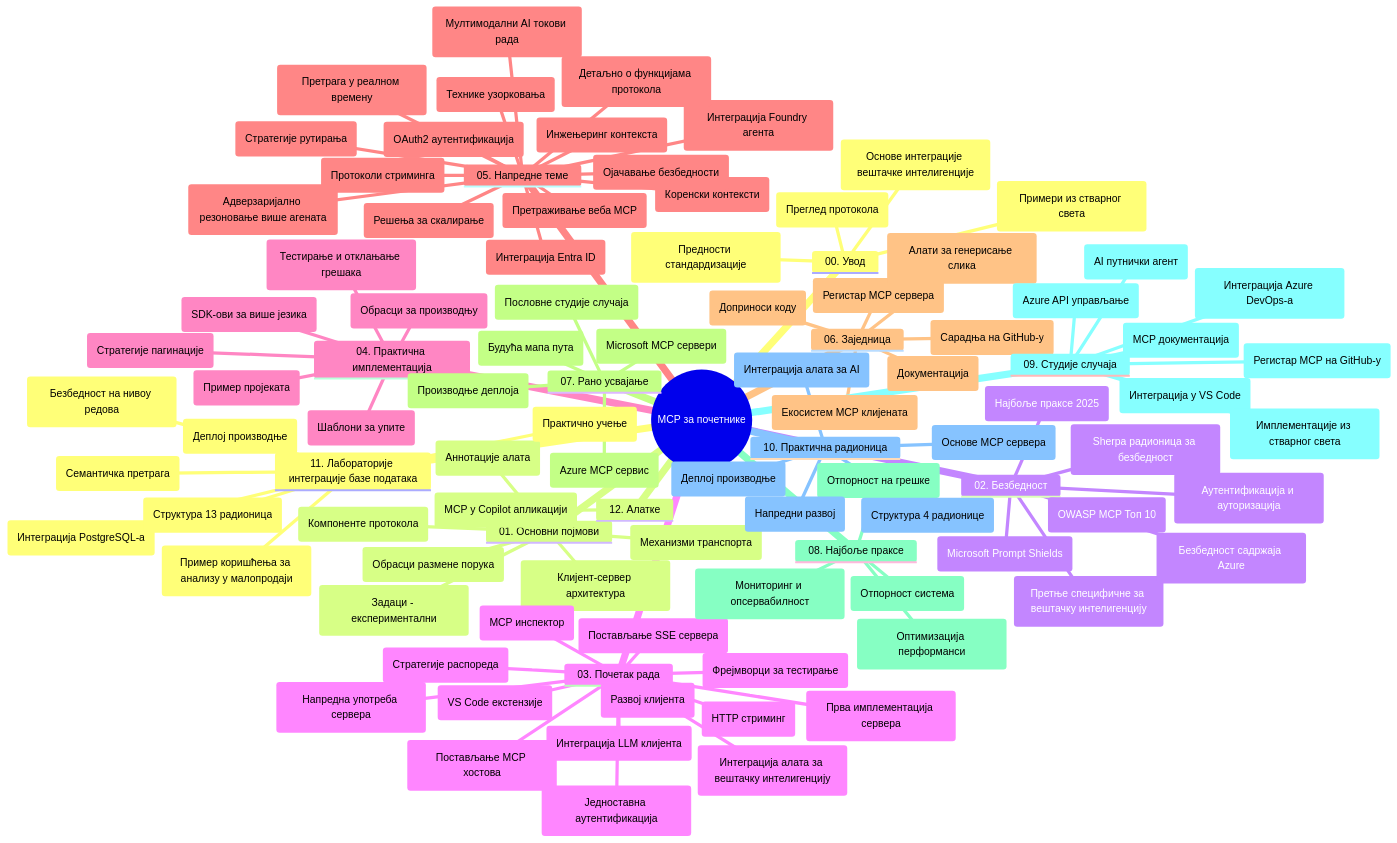
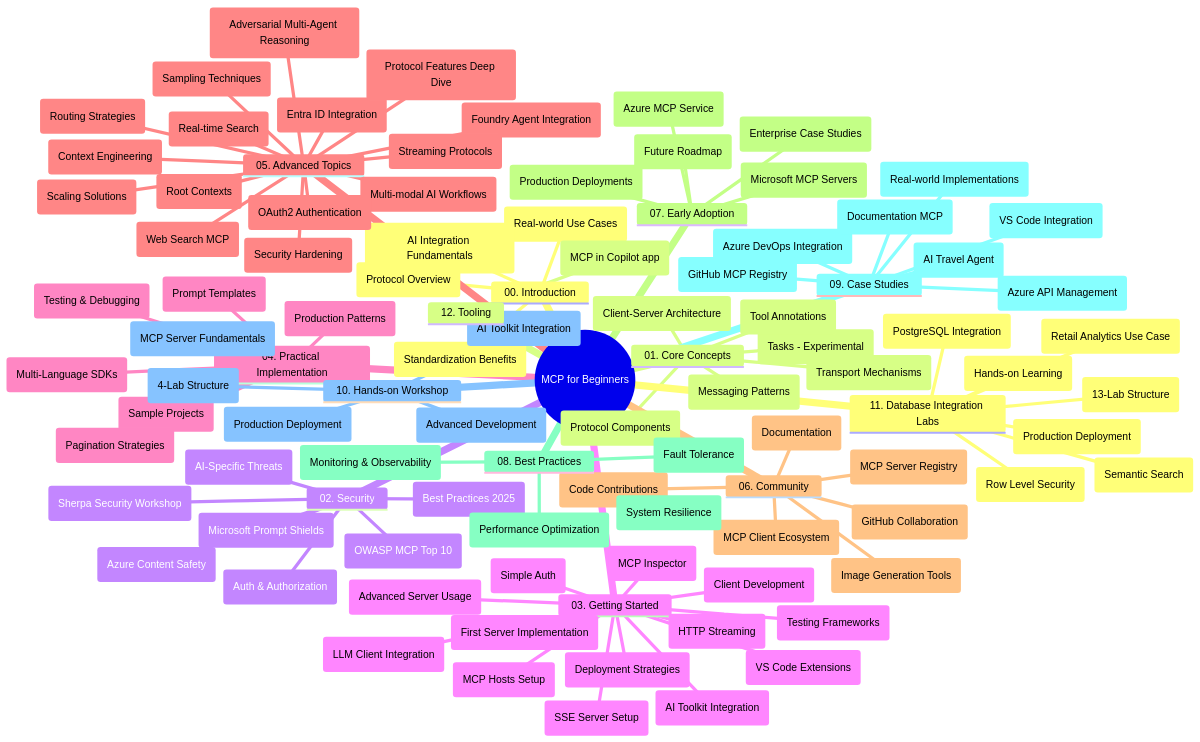
The diagram in mcp_ecosystem__model_context_protocol/mcp_learning_resources/mcp-for-beginners/translations/sr/study_guide.md (HIDORAKAI002/ai-workspace-archive), drawn with Mermaid before and after one commit. The commit also changed other lines of this file and 1046 other files, not shown here.

Commit message:
chore(sync): Update microsoft/mcp-for-beginners

````diff
--- a/mcp_ecosystem__model_context_protocol/mcp_learning_resources/mcp-for-beginners/translations/sr/study_guide.md
+++ b/mcp_ecosystem__model_context_protocol/mcp_learning_resources/mcp-for-beginners/translations/sr/study_guide.md
@@ -11,117 +11,117 @@
 ```mermaid
 mindmap
-  root((MCP за почетнике))
-    00. Увод
+  root((MCP for Beginners))
+    00. Introduction
       ::icon(fa fa-book)
-      (Преглед протокола)
-      (Предности стандардизације)
-      (Примери из стварног света)
-      (Основе интеграције вештачке интелигенције)
-    01. Основни појмови
+      (Protocol Overview)
+      (Standardization Benefits)
+      (Real-world Use Cases)
+      (AI Integration Fundamentals)
+    01. Core Concepts
       ::icon(fa fa-puzzle-piece)
-      (Клијент-сервер архитектура)
-      (Компоненте протокола)
-      (Обрасци размене порука)
-      (Механизми транспорта)
-      (Задаци - експериментални)
-      (Аннотације алата)
-    02. Безбедност
+      (Client-Server Architecture)
+      (Protocol Components)
+      (Messaging Patterns)
+      (Transport Mechanisms)
+      (Tasks - Experimental)
+      (Tool Annotations)
+    02. Security
       ::icon(fa fa-shield)
-      (Претње специфичне за вештачку интелигенцију)
-      (Најбоље праксе 2025)
-      (Безбедност садржаја Azure)
-      (Аутентификација и ауторизација)
+      (AI-Specific Threats)
+      (Best Practices 2025)
+      (Azure Content Safety)
+      (Auth & Authorization)
       (Microsoft Prompt Shields)
-      (OWASP MCP Топ 10)
-      (Sherpa радионица за безбедност)
-    03. Почетак рада
+      (OWASP MCP Top 10)
+      (Sherpa Security Workshop)
+    03. Getting Started
       ::icon(fa fa-rocket)
-      (Прва имплементација сервера)
-      (Развој клијента)
-      (Интеграција LLM клијента)
-      (VS Code екстензије)
-      (Постављање SSE сервера)
-      (HTTP стриминг)
-      (Интеграција алата за вештачку интелигенцију)
-      (Фрејмворци за тестирање)
-      (Напредна употреба сервера)
-      (Једноставна аутентификација)
-      (Стратегије распореда)
-      (Постављање MCP хостова)
-      (MCP инспектор)
-    04. Практична имплементација
+      (First Server Implementation)
+      (Client Development)
+      (LLM Client Integration)
+      (VS Code Extensions)
+      (SSE Server Setup)
+      (HTTP Streaming)
+      (AI Toolkit Integration)
+      (Testing Frameworks)
+      (Advanced Server Usage)
+      (Simple Auth)
+      (Deployment Strategies)
+      (MCP Hosts Setup)
+      (MCP Inspector)
+    04. Practical Implementation
       ::icon(fa fa-code)
-      (SDK-ови за више језика)
-      (Тестирање и отклањање грешака)
-      (Шаблони за упите)
-      (Пример пројеката)
-      (Обрасци за производњу)
-      (Стратегије пагинације)
-    05. Напредне теме
+      (Multi-Language SDKs)
+      (Testing & Debugging)
+      (Prompt Templates)
+      (Sample Projects)
+      (Production Patterns)
+      (Pagination Strategies)
+    05. Advanced Topics
       ::icon(fa fa-graduation-cap)
-      (Инжењеринг контекста)
-      (Интеграција Foundry агента)
-      (Мултимодални AI токови рада)
-      (OAuth2 аутентификација)
-      (Претрага у реалном времену)
-      (Протоколи стриминга)
-      (Коренски контексти)
-      (Стратегије рутирања)
-      (Технике узорковања)
-      (Решења за скалирање)
-      (Ојачавање безбедности)
-      (Интеграција Entra ID)
-      (Претраживање веба MCP)
-      (Детаљно о функцијама протокола)
-      (Адверзаријално резоновање више агената)
+      (Context Engineering)
+      (Foundry Agent Integration)
+      (Multi-modal AI Workflows)
+      (OAuth2 Authentication)
+      (Real-time Search)
+      (Streaming Protocols)
+      (Root Contexts)
+      (Routing Strategies)
+      (Sampling Techniques)
+      (Scaling Solutions)
+      (Security Hardening)
+      (Entra ID Integration)
+      (Web Search MCP)
+      (Protocol Features Deep Dive)
+      (Adversarial Multi-Agent Reasoning)
       
-    06. Заједница
+    06. Community
       ::icon(fa fa-users)
-      (Доприноси коду)
-      (Документација)
-      (Екосистем MCP клијената)
-      (Регистар MCP сервера)
-      (Алати за генерисање слика)
-      (Сарадња на GitHub-у)
-    07. Рано усвајање
+      (Code Contributions)
+      (Documentation)
+      (MCP Client Ecosystem)
+      (MCP Server Registry)
+      (Image Generation Tools)
+      (GitHub Collaboration)
+    07. Early Adoption
       ::icon(fa fa-lightbulb)
-      (Производње деплоја)
-      (Microsoft MCP сервери)
-      (Azure MCP сервис)
-      (Пословне студије случаја)
-      (Будућа мапа пута)
-    08. Најбоље праксе
+      (Production Deployments)
+      (Microsoft MCP Servers)
+      (Azure MCP Service)
+      (Enterprise Case Studies)
+      (Future Roadmap)
+    08. Best Practices
       ::icon(fa fa-check)
-      (Оптимизација перформанси)
-      (Отпорност на грешке)
-      (Отпорност система)
-      (Мониторинг и опсервабилност)
-    09. Студије случаја
+      (Performance Optimization)
+      (Fault Tolerance)
+      (System Resilience)
+      (Monitoring & Observability)
+    09. Case Studies
       ::icon(fa fa-file-text)
-      (Azure API управљање)
-      (AI путнички агент)
-      (Интеграција Azure DevOps-а)
-      (MCP документација)
-      (Регистар MCP на GitHub-у)
-      (Интеграција у VS Code)
-      (Имплементације из стварног света)
-    10. Практична радионица
+      (Azure API Management)
+      (AI Travel Agent)
+      (Azure DevOps Integration)
+      (Documentation MCP)
+      (GitHub MCP Registry)
+      (VS Code Integration)
+      (Real-world Implementations)
+    10. Hands-on Workshop
       ::icon(fa fa-laptop)
-      (Основе MCP сервера)
-      (Напредни развој)
-      (Интеграција алата за AI)
-      (Деплој производње)
-      (Структура 4 радионице)
-    11. Лабораторије интеграције базе података
+      (MCP Server Fundamentals)
+      (Advanced Development)
+      (AI Toolkit Integration)
+      (Production Deployment)
+      (4-Lab Structure)
+    11. Database Integration Labs
       ::icon(fa fa-database)
-      (Интеграција PostgreSQL-а)
-      (Пример коришћења за анализу у малопродаји)
-      (Безбедност на нивоу редова)
-      (Семантичка претрага)
-      (Деплој производње)
-      (Структура 13 радионица)
-      (Практично учење)
-    12. Алатке
+      (PostgreSQL Integration)
+      (Retail Analytics Use Case)
+      (Row Level Security)
+      (Semantic Search)
+      (Production Deployment)
+      (13-Lab Structure)
+      (Hands-on Learning)
+    12. Tooling
       ::icon(fa fa-wrench)
-      (MCP у Copilot апликацији)
+      (MCP in Copilot app)
 ```
````
